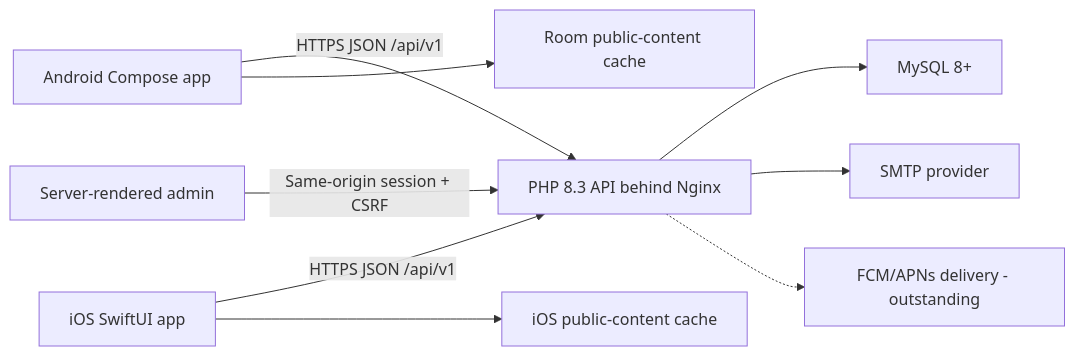
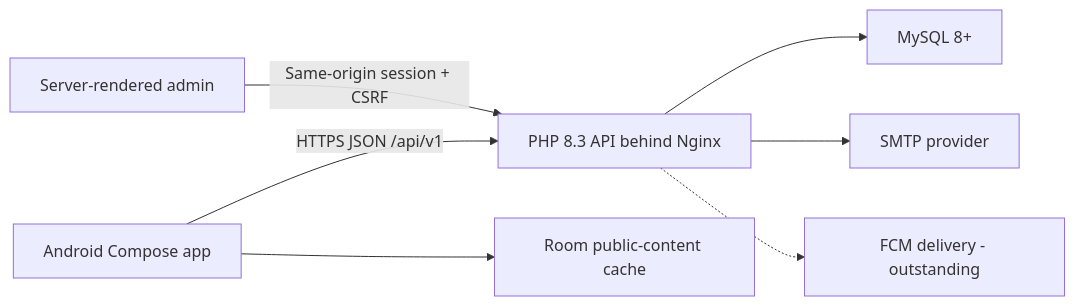
Before and after one commit to kxcy77/BKKCommunity-Platform: the diagram in docs/PROJECT_DOCUMENTATION.md, drawn with Mermaid. The commit also changed other lines of this file and 105 other files, not shown here.

````diff
--- a/docs/PROJECT_DOCUMENTATION.md
+++ b/docs/PROJECT_DOCUMENTATION.md
@@ -100,11 +101,9 @@
 ```mermaid
 flowchart LR
     A["Android Compose app"] -->|"HTTPS JSON /api/v1"| API["PHP 8.3 API behind Nginx"]
-    I["iOS SwiftUI app"] -->|"HTTPS JSON /api/v1"| API
     W["Server-rendered admin"] -->|"Same-origin session + CSRF"| API
     API --> DB["MySQL 8+"]
     API --> SMTP["SMTP provider"]
-    API -.-> FCM["FCM/APNs delivery - outstanding"]
+    API -.-> FCM["FCM delivery - outstanding"]
     A --> ROOM["Room public-content cache"]
-    I --> CACHE["iOS public-content cache"]
 ```
````
